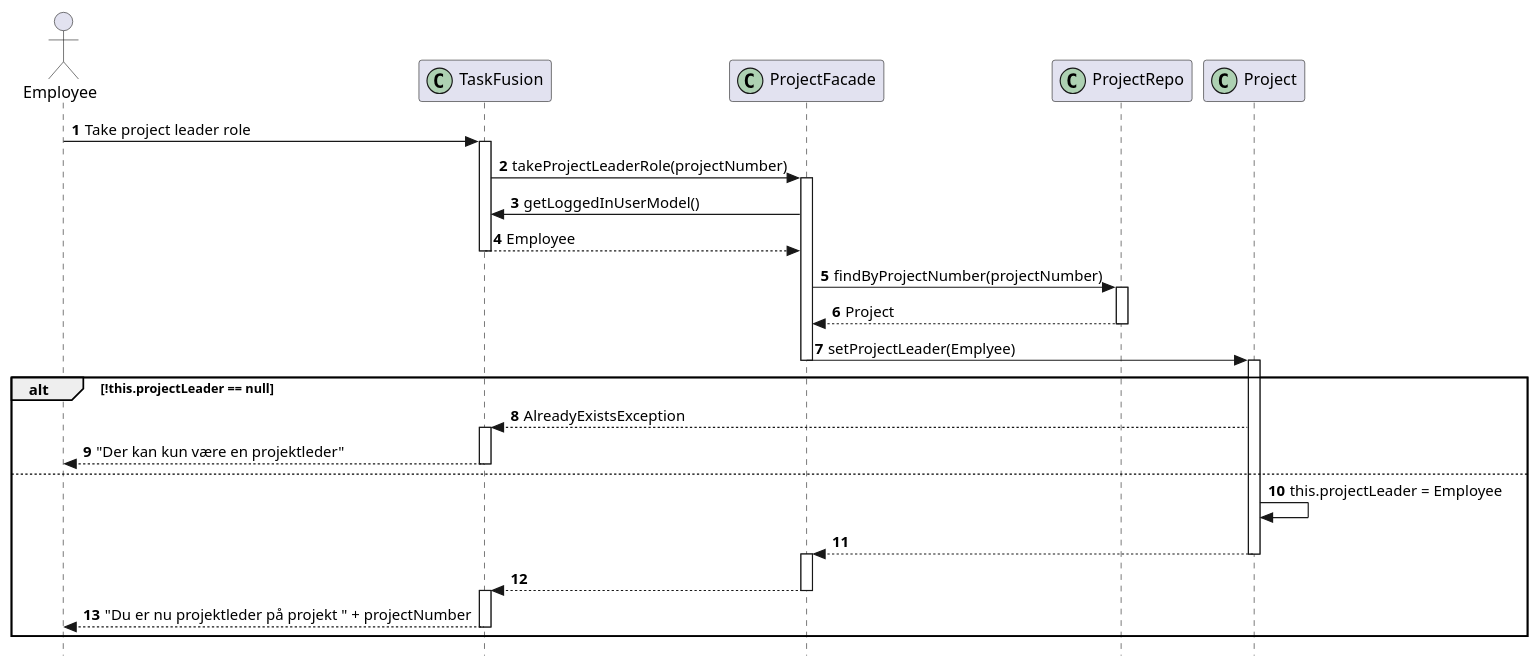
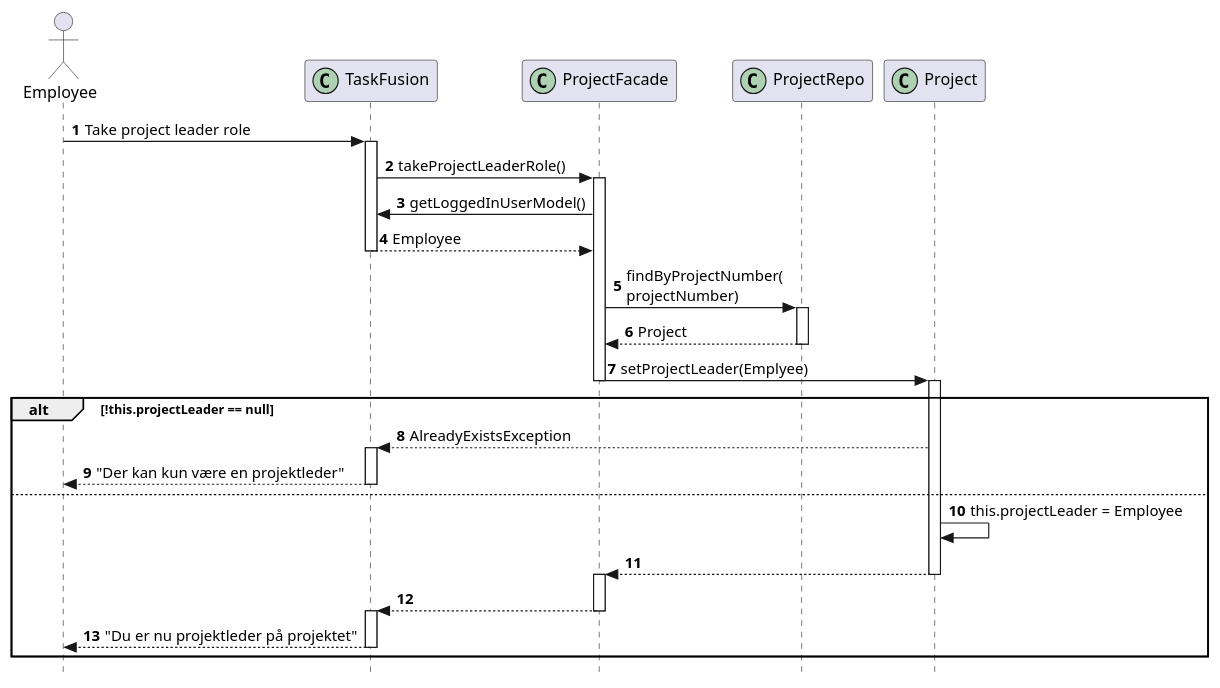
One commit to rwiuff/02161ExamProject changed the diagram in RequirementsAndDesign/SequenceDiagrams/takePLRole.puml. Above: the diagram before and after it, drawn with PlantUML. The commit also changed 23 other files, not shown here.

```diff
--- a/RequirementsAndDesign/SequenceDiagrams/takePLRole.puml
+++ b/RequirementsAndDesign/SequenceDiagrams/takePLRole.puml
@@ -1,28 +1,28 @@
 @startuml seqTakePLRole
 autonumber
 hide footbox
 skinparam style strictuml
 hide unlinked
 actor "Employee" as emp
 participant "TaskFusion" as app << (C,#ADD1B2) >>
 participant "ProjectFacade" as projectfacade << (C,#ADD1B2) >>
 participant "ProjectRepo" as projectrepo << (C,#ADD1B2) >>
 participant "Project" as project << (C,#ADD1B2) >>
 
 emp -> app++: Take project leader role
-app -> projectfacade++: takeProjectLeaderRole(projectNumber)
+app -> projectfacade++: takeProjectLeaderRole()
 projectfacade -> app: getLoggedInUserModel()
 app --> projectfacade--: Employee
-projectfacade -> projectrepo++: findByProjectNumber(projectNumber)
+projectfacade -> projectrepo++: findByProjectNumber(\nprojectNumber)
 projectrepo --> projectfacade--: Project
 projectfacade -> project--++: setProjectLeader(Emplyee)
 alt !this.projectLeader == null
     project --> app++: AlreadyExistsException
     app --> emp--: "Der kan kun være en projektleder"
 else
     project -> project: this.projectLeader = Employee
     project --> projectfacade--++
     projectfacade --> app--++
-    app --> emp--: "Du er nu projektleder på projekt " + projectNumber
+    app --> emp--: "Du er nu projektleder på projektet"
 end
 @enduml
```
